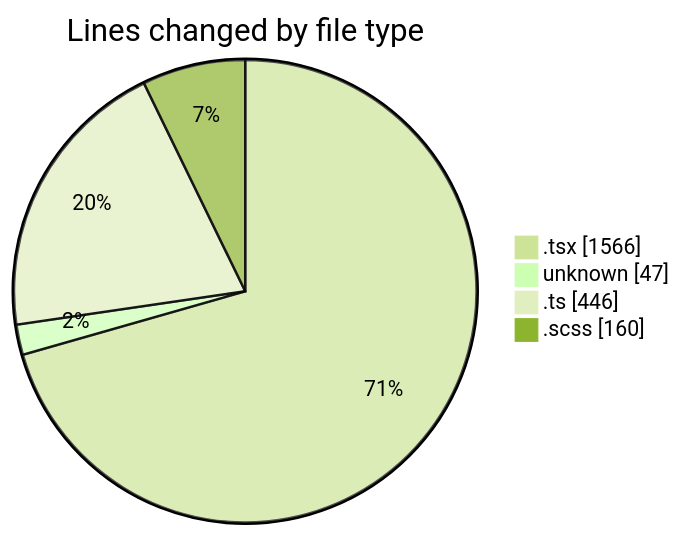
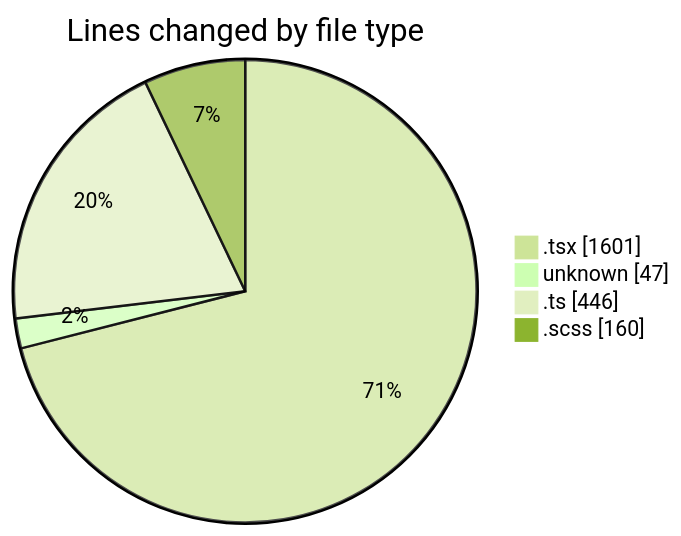
The first of 2 diagrams in 2025-09-18/cda/README.md (momahboobian/code-tracking), drawn with Mermaid (forest theme) before and after one commit. The commit also changed other lines of this file and 1 other file, not shown here.

````diff
--- a/2025-09-18/cda/README.md
+++ b/2025-09-18/cda/README.md
@@ -25,8 +25,8 @@
 ```mermaid
 pie showData
 title Lines changed by file type
-".tsx" : 1566
+".tsx" : 1601
 "unknown" : 47
 ".ts" : 446
 ".scss" : 160
 ```
````
